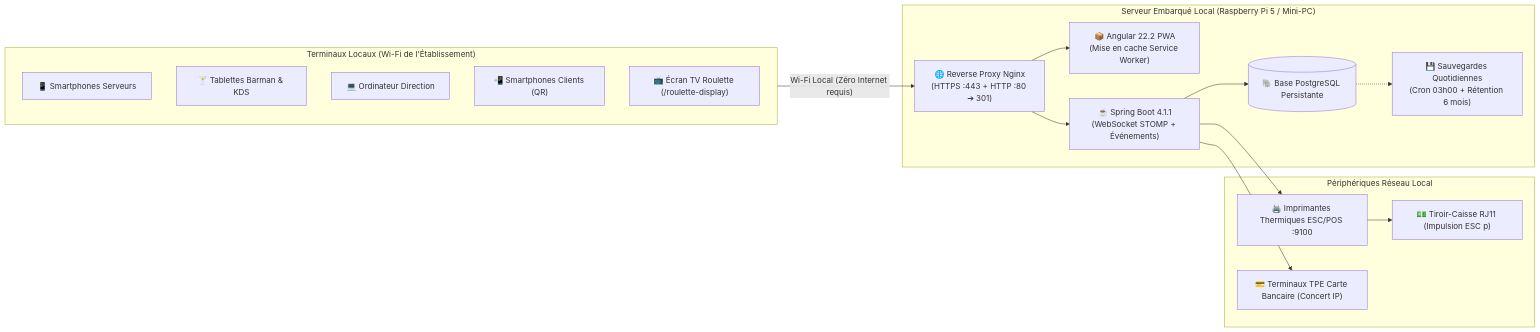
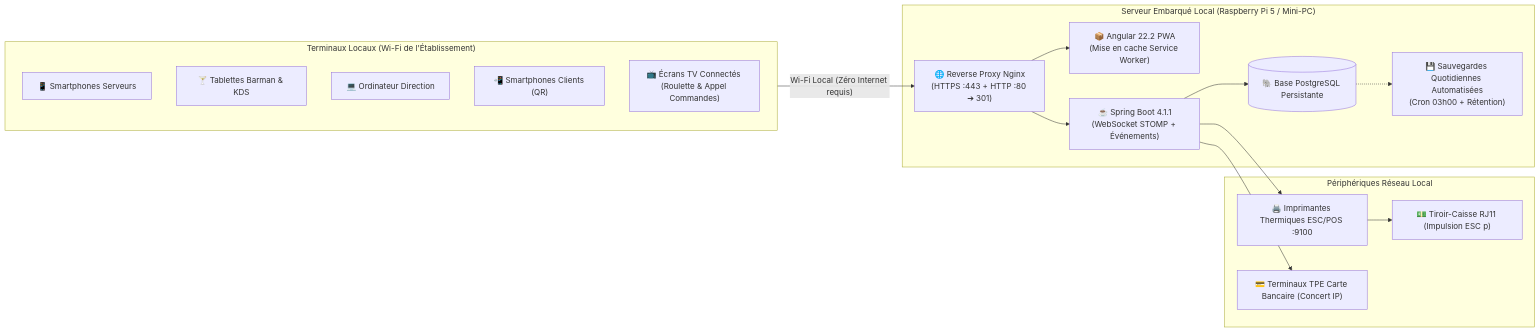
One commit to FunWarry/Open-Bar changed the fifth of 5 diagrams in README.md. Above: the diagram before and after it, drawn with Mermaid. The commit also changed other lines of this file, not shown here.

````diff
--- a/README.md
+++ b/README.md
@@ -248,33 +273,33 @@
 ```mermaid
 flowchart LR
     subgraph Clients ["Terminaux Locaux (Wi-Fi de l'Établissement)"]
         T1["📱 Smartphones Serveurs"]
         T2["🍸 Tablettes Barman & KDS"]
         T3["💻 Ordinateur Direction"]
         T4["📲 Smartphones Clients (QR)"]
-        T5["📺 Écran TV Roulette (/roulette-display)"]
+        T5["📺 Écrans TV Connectés (Roulette & Appel Commandes)"]
     end
 
     subgraph ServeurLocal ["Serveur Embarqué Local (Raspberry Pi 5 / Mini-PC)"]
         Nginx["🌐 Reverse Proxy Nginx\n(HTTPS :443 + HTTP :80 ➔ 301)"]
         PWA["📦 Angular 22.2 PWA\n(Mise en cache Service Worker)"]
         Backend["☕ Spring Boot 4.1.1\n(WebSocket STOMP + Événements)"]
         Postgres[("🐘 Base PostgreSQL Persistante")]
-        Backup["💾 Sauvegardes Quotidiennes\n(Cron 03h00 + Rétention 6 mois)"]
+        Backup["💾 Sauvegardes Quotidiennes Automatisées\n(Cron 03h00 + Rétention)"]
     end
 
     subgraph Peripheriques ["Périphériques Réseau Local"]
         Printers["🖨️ Imprimantes Thermiques ESC/POS :9100"]
         TPE["💳 Terminaux TPE Carte Bancaire (Concert IP)"]
         Drawer["💵 Tiroir-Caisse RJ11 (Impulsion ESC p)"]
     end
 
     Clients -->|"Wi-Fi Local (Zéro Internet requis)"| Nginx
     Nginx --> PWA
     Nginx --> Backend
     Backend --> Postgres
     Backend --> Printers
     Backend --> TPE
     Printers --> Drawer
     Postgres -.-> Backup
 ```
````
